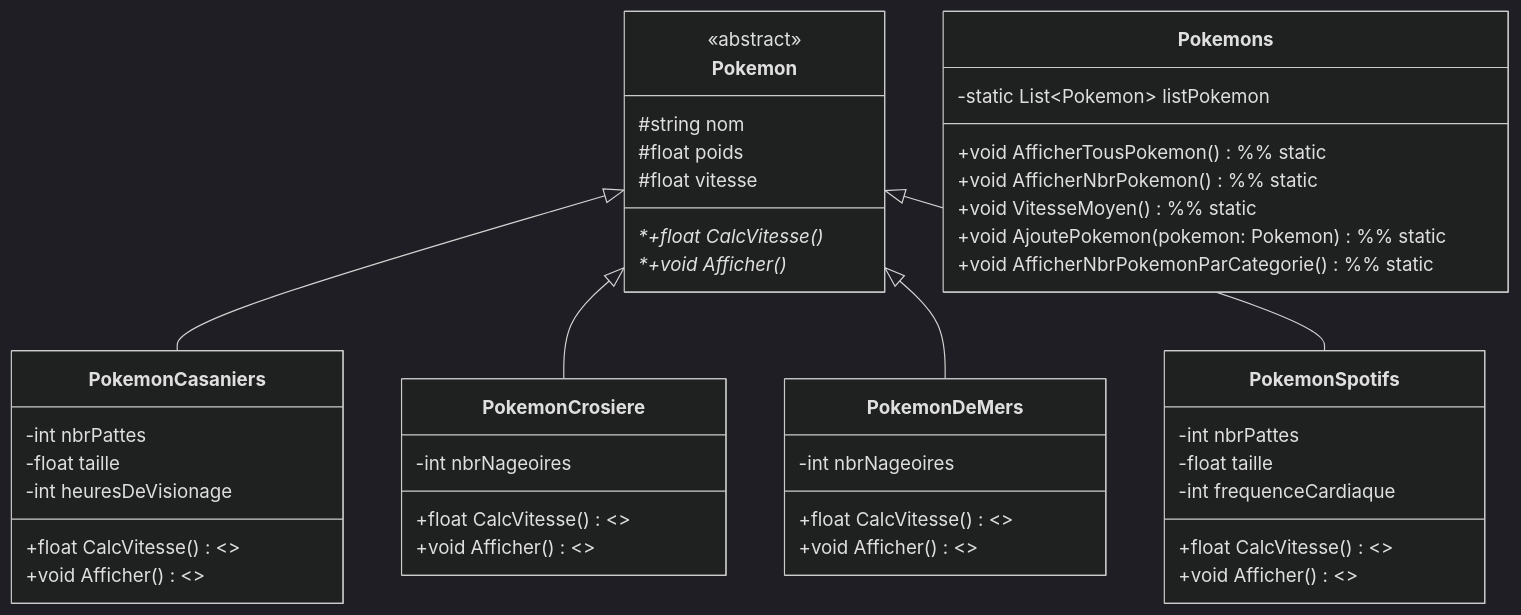
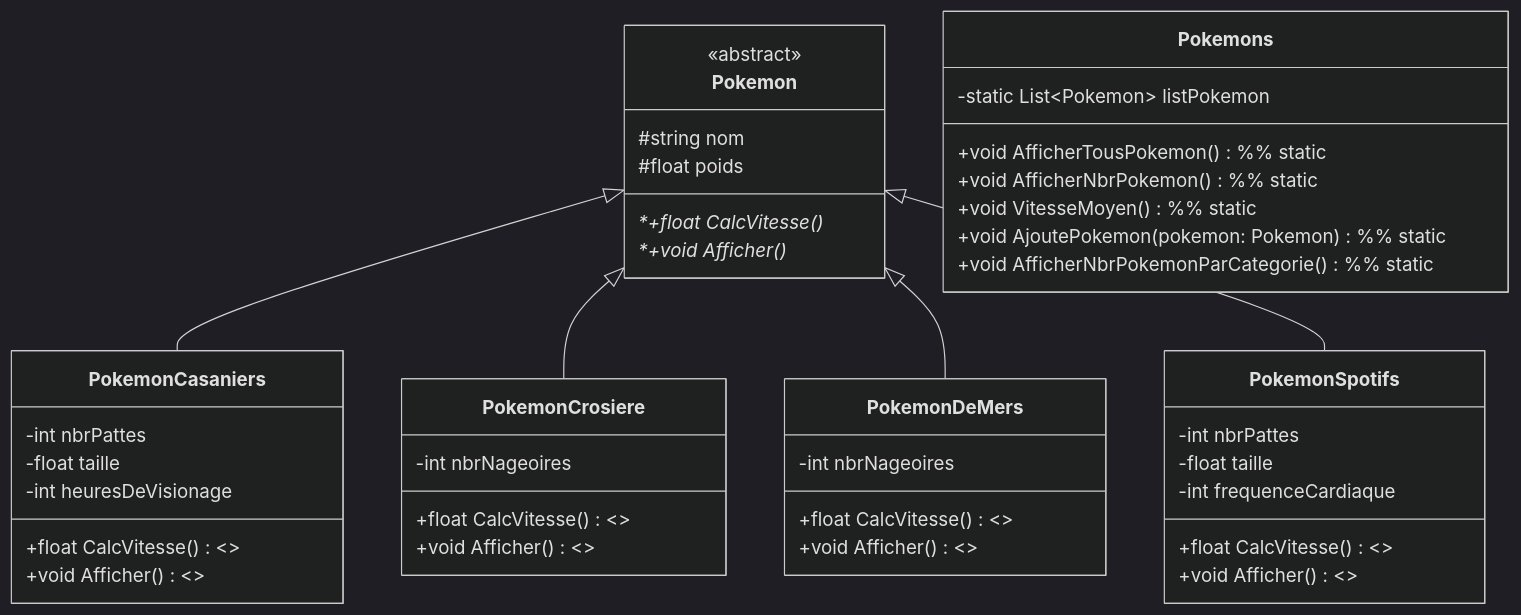
Before and after one commit to Lil-Code30/OOP_TP2: the diagram in uml-ex02.md, drawn with Mermaid (dark theme).

Commit message:
Remove vitesse attribute from UML class
Deleted the protected float 'vitesse' attribute from the UML class definition, likely to avoid redundancy since 'CalcVitesse()' method exists for calculating speed.

````diff
--- a/uml-ex02.md
+++ b/uml-ex02.md
@@ -3,61 +3,60 @@
 ```mermaid
 	classDiagram
 		class Pokemon{
 			<<abstract>>
 			#string nom
 			#float poids
-			#float vitesse
 			
 
 			*+float CalcVitesse()*
 			*+void Afficher()*
 		}
 
 		class Pokemons{
 			-static List~Pokemon~ listPokemon
 
 			+void AfficherTousPokemon() %% static
 			+void AfficherNbrPokemon() %% static
 			+void VitesseMoyen() %% static
 			+void AjoutePokemon(pokemon: Pokemon) %% static
 			+void AfficherNbrPokemonParCategorie() %% static
 		}
 		
 		class PokemonCasaniers{
 			-int nbrPattes
 			-float taille
 			-int heuresDeVisionage
 
 			+float CalcVitesse() <<override>>
 			+void Afficher() <<override>>
 		}
 
 		class PokemonCrosiere{
 			-int nbrNageoires
 
 			+float CalcVitesse() <<override>>
 			+void Afficher() <<override>>
 		}
 
 		class PokemonDeMers{
 			-int nbrNageoires
 
 			+float CalcVitesse() <<override>>
 			+void Afficher() <<override>>
 		}
 
 		class PokemonSpotifs{
 			-int nbrPattes
 			-float taille
 			-int frequenceCardiaque
 
 			+float CalcVitesse() <<override>>
 			+void Afficher() <<override>>
 		}
 
 
 		Pokemon <|-- PokemonCasaniers
 		Pokemon <|-- PokemonCrosiere
 		Pokemon <|-- PokemonDeMers
 		Pokemon <|-- PokemonSpotifs
 ```
````
